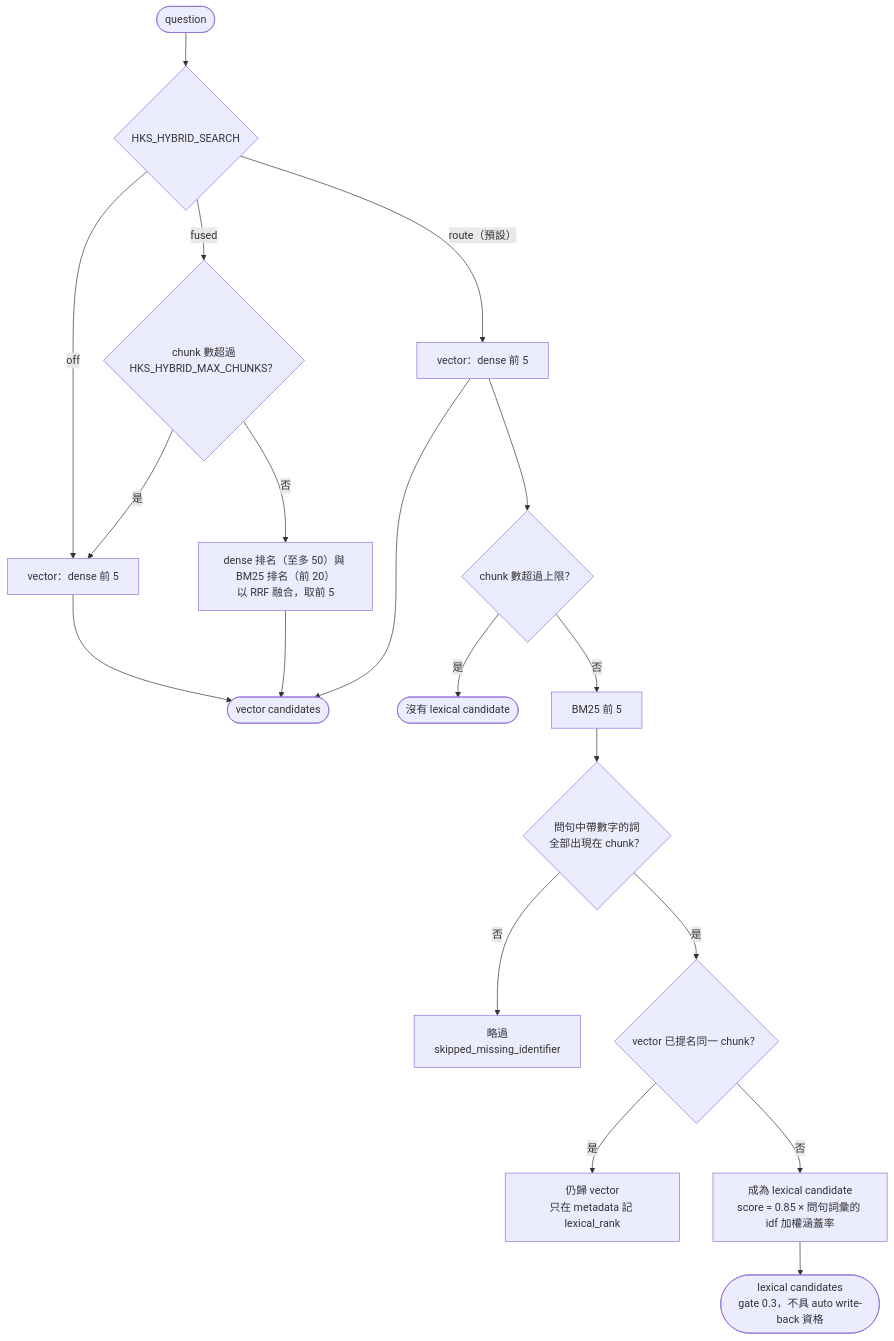
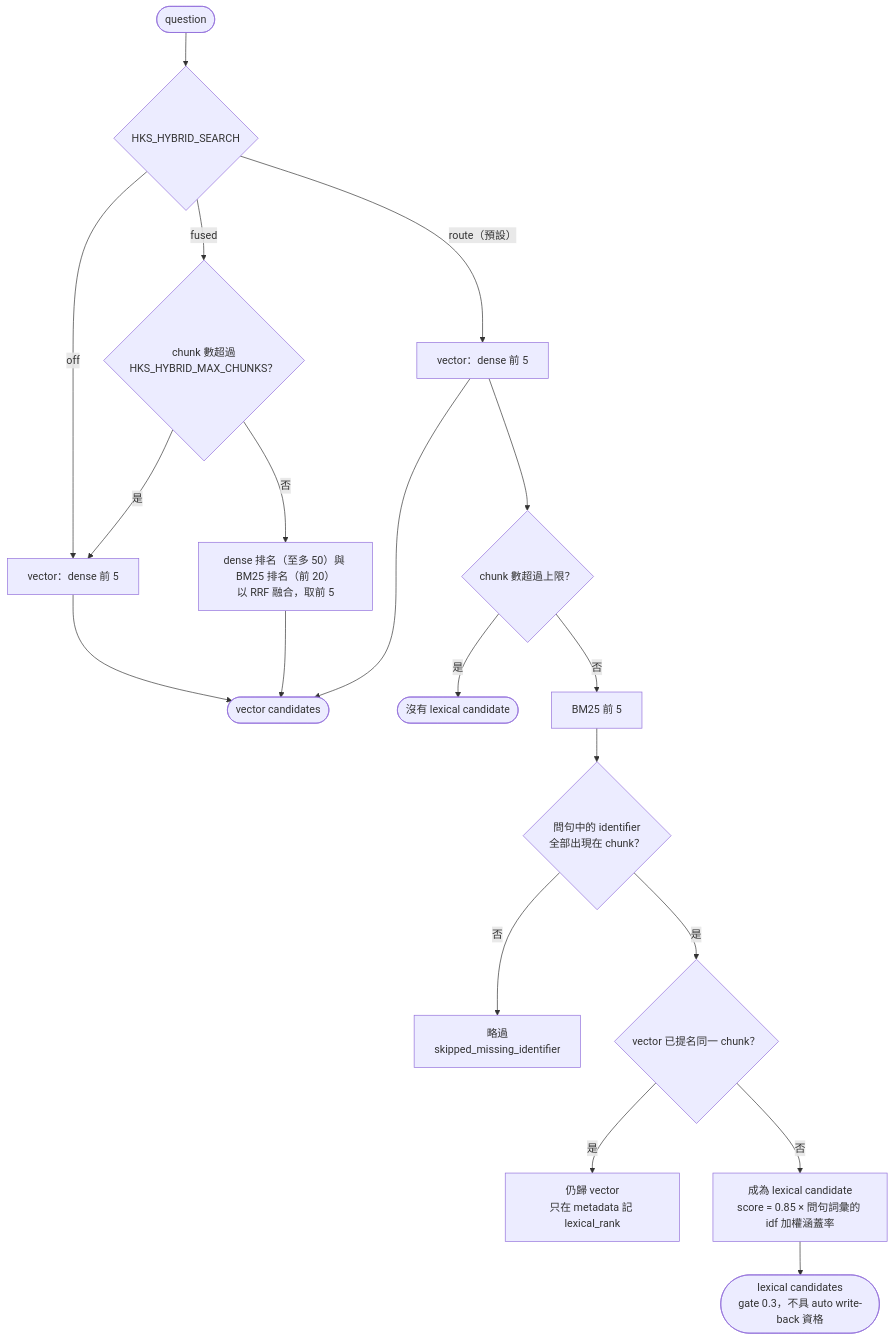
One commit to WaynezProg/Hybrid-Knowledge-System changed the fifth of 6 diagrams in docs/architecture.md. Above: the diagram before and after it, drawn with Mermaid. The commit also changed other lines of this file and 2 other files, not shown here.

First line of the commit message:
docs: 記錄 identifier 過濾與預設 embedding model 的前後比較

````diff
--- a/docs/architecture.md
+++ b/docs/architecture.md
@@ -201,24 +205,24 @@
 ```mermaid
 flowchart TD
     q(["question"]) --> mode{"HKS_HYBRID_SEARCH"}
 
     mode -- "off" --> dense0["vector：dense 前 5"]
     dense0 --> outv(["vector candidates"])
 
     mode -- "fused" --> big1{"chunk 數超過<br/>HKS_HYBRID_MAX_CHUNKS？"}
     big1 -- "是" --> dense0
     big1 -- "否" --> fuse["dense 排名（至多 50）與 BM25 排名（前 20）<br/>以 RRF 融合，取前 5"]
     fuse --> outv
 
     mode -- "route（預設）" --> dense1["vector：dense 前 5"]
     dense1 --> outv
     dense1 --> big2{"chunk 數超過上限？"}
     big2 -- "是" --> none(["沒有 lexical candidate"])
     big2 -- "否" --> bm["BM25 前 5"]
-    bm --> idq{"問句中帶數字的詞<br/>全部出現在 chunk？"}
+    bm --> idq{"問句中的 identifier<br/>全部出現在 chunk？"}
     idq -- "否" --> drop["略過<br/>skipped_missing_identifier"]
     idq -- "是" --> dup{"vector 已提名同一 chunk？"}
     dup -- "是" --> note["仍歸 vector<br/>只在 metadata 記 lexical_rank"]
     dup -- "否" --> lex["成為 lexical candidate<br/>score = 0.85 × 問句詞彙的 idf 加權涵蓋率"]
     lex --> outl(["lexical candidates<br/>gate 0.3，不具 auto write-back 資格"])
 ```
````
